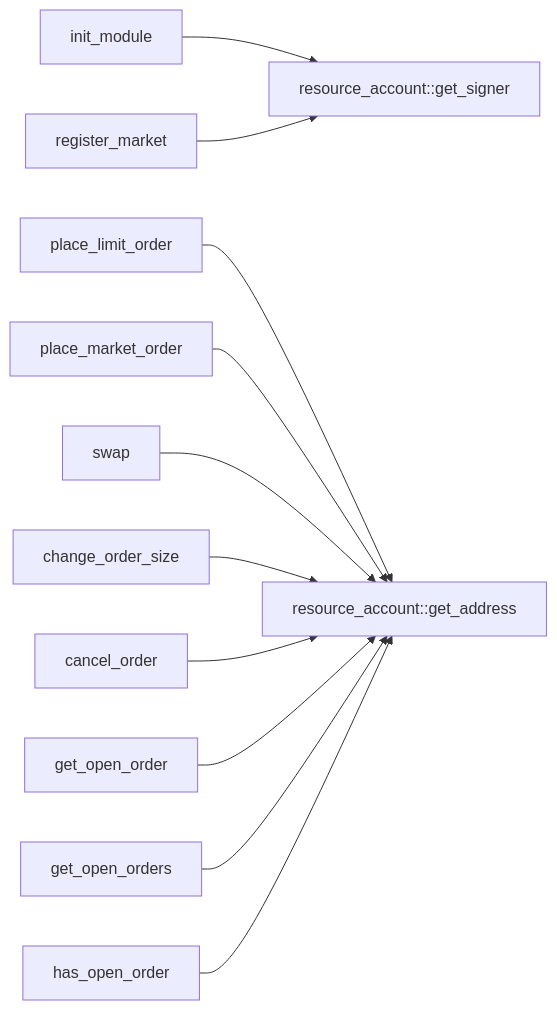
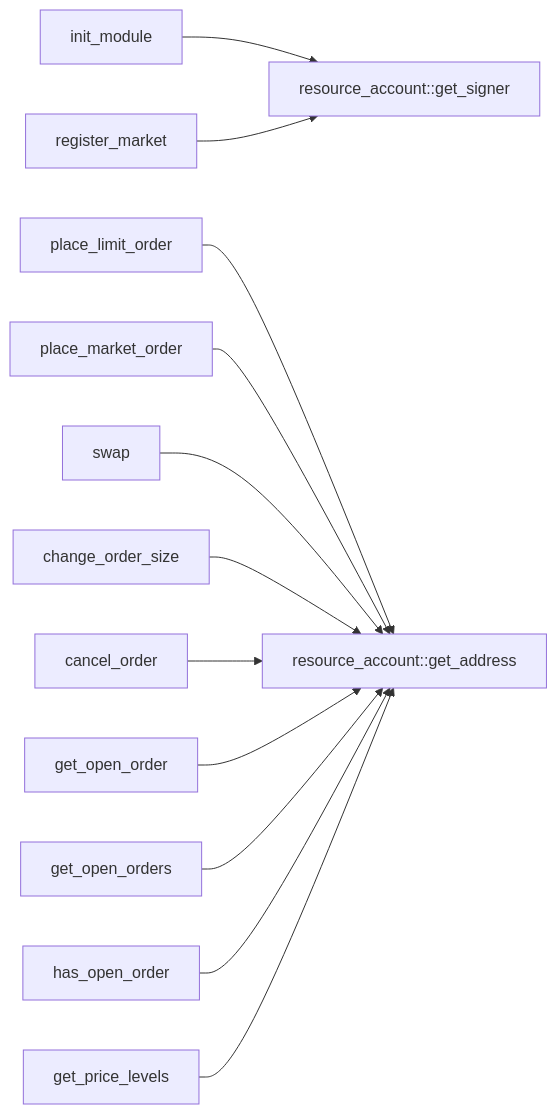
The eighth of 9 diagrams in src/move/econia/doc/market.md (econia-labs/econia), drawn with Mermaid before and after one commit. The commit also changed other lines of this file and 6 other files, not shown here.

Commit message:
Refactor view functions for orders/price levels

````diff
--- a/src/move/econia/doc/market.md
+++ b/src/move/econia/doc/market.md
@@ -412,25 +417,27 @@
 ``` mermaid
 
 flowchart LR
 
 init_module --> resource_account::get_signer
 
 register_market --> resource_account::get_signer
 
 place_limit_order --> resource_account::get_address
 
 place_market_order --> resource_account::get_address
 
 swap --> resource_account::get_address
 
 change_order_size --> resource_account::get_address
 
 cancel_order --> resource_account::get_address
 
 get_open_order --> resource_account::get_address
 
 get_open_orders --> resource_account::get_address
 
 has_open_order --> resource_account::get_address
 
+get_price_levels --> resource_account::get_address
+
 ```
````
